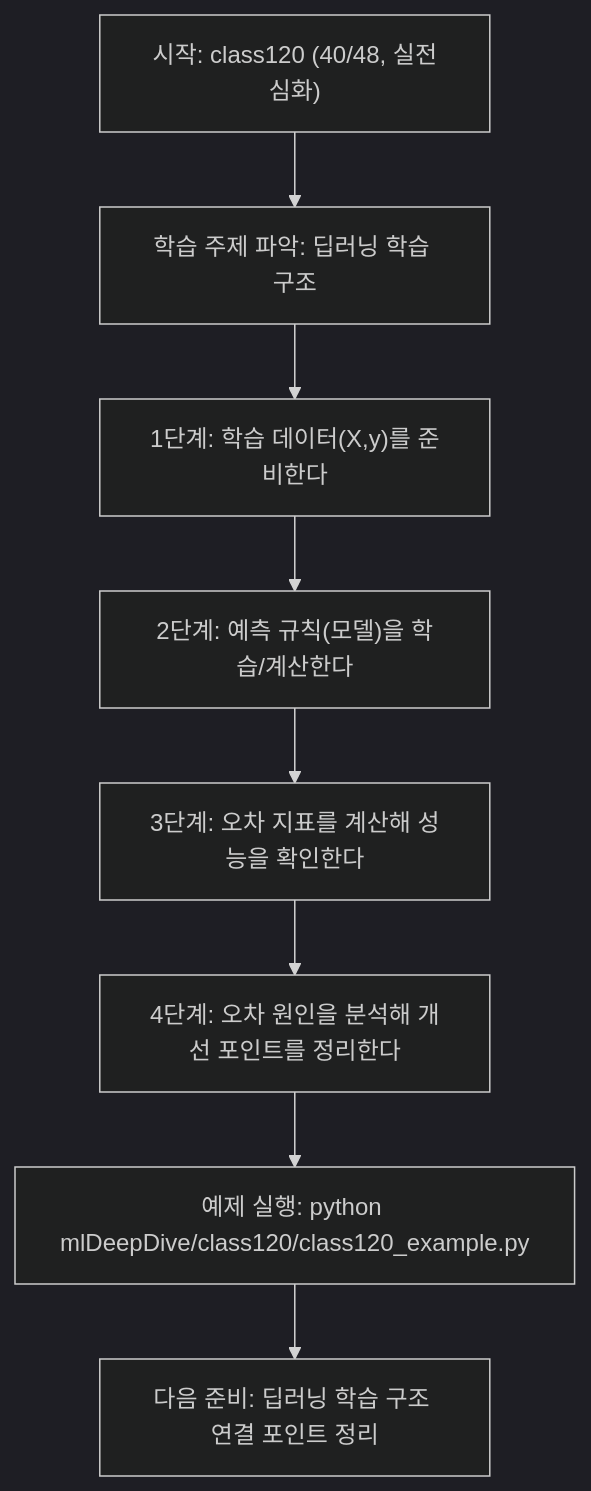
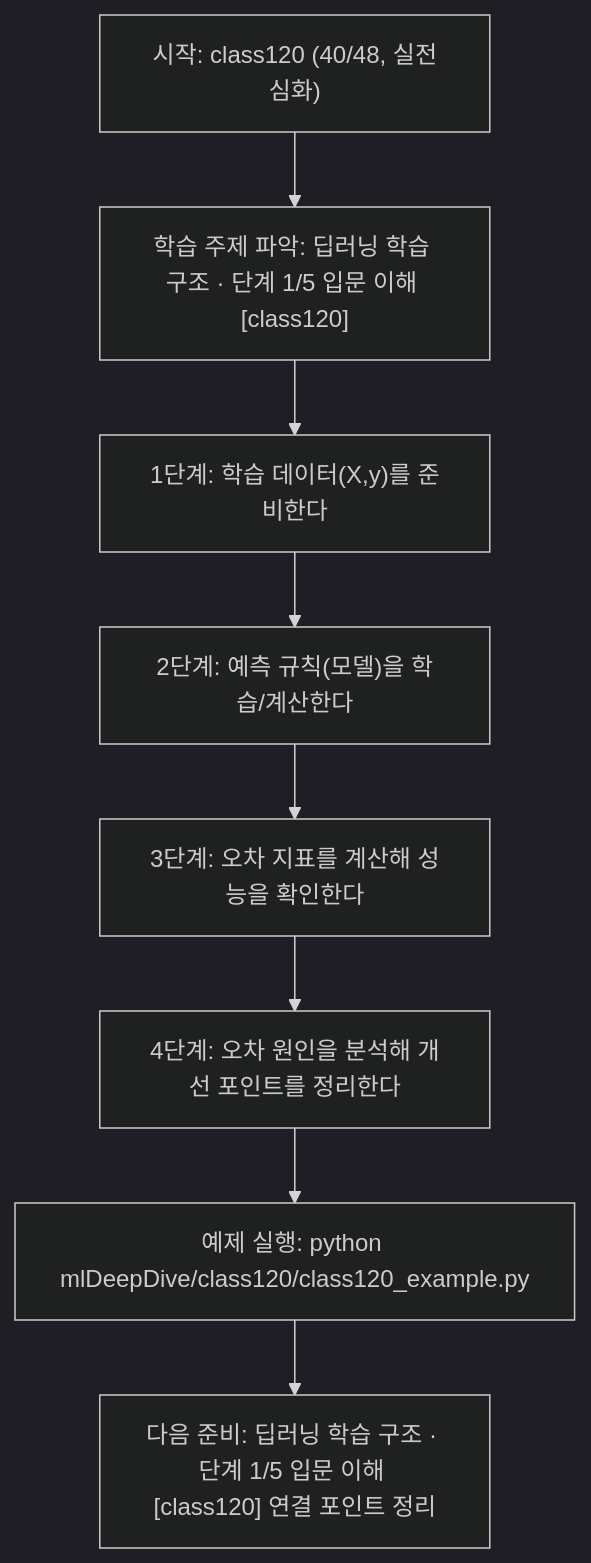
Before and after one commit to edumgt/Python-AI_Agent-Class: the diagram in mlDeepDive/class120/class120.md, drawn with Mermaid (dark theme). The commit also changed other lines of this file and 522 other files, not shown here.

````diff
--- a/mlDeepDive/class120/class120.md
+++ b/mlDeepDive/class120/class120.md
@@ -109,18 +110,18 @@
 ```mermaid
 flowchart TD
 N1["시작: class120 (40/48, 실전심화)"]
-N2["학습 주제 파악: 딥러닝 학습 구조"]
+N2["학습 주제 파악: 딥러닝 학습 구조 · 단계 1/5 입문 이해 [class120]"]
 N3["1단계: 학습 데이터(X,y)를 준비한다"]
 N4["2단계: 예측 규칙(모델)을 학습/계산한다"]
 N5["3단계: 오차 지표를 계산해 성능을 확인한다"]
 N6["4단계: 오차 원인을 분석해 개선 포인트를 정리한다"]
 N7["예제 실행: python mlDeepDive/class120/class120_example.py"]
-N8["다음 준비: 딥러닝 학습 구조 연결 포인트 정리"]
+N8["다음 준비: 딥러닝 학습 구조 · 단계 1/5 입문 이해 [class120] 연결 포인트 정리"]
 N1 --> N2
 N2 --> N3
 N3 --> N4
 N4 --> N5
 N5 --> N6
 N6 --> N7
 N7 --> N8
 ```
````
